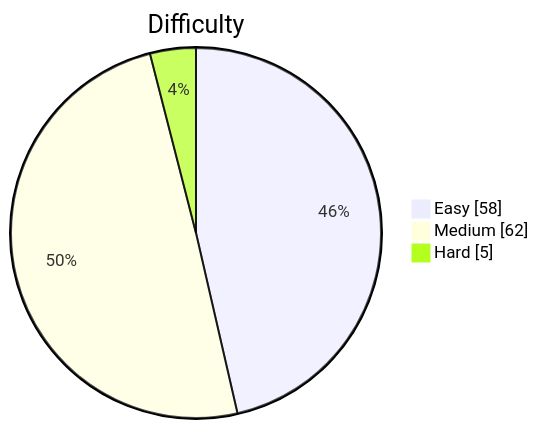
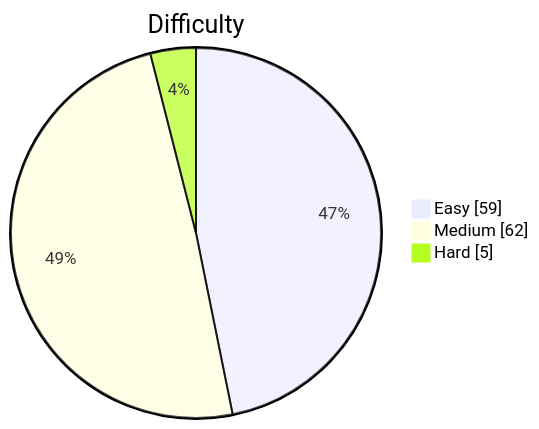
The diagram in README.md (kevstevie/python-algo-practice), drawn with Mermaid before and after one commit. The commit also changed other lines of this file, not shown here.

````diff
--- a/README.md
+++ b/README.md
@@ -13,7 +13,7 @@
 ```mermaid
 pie showData
     title Difficulty
-    "Easy"   : 58
+    "Easy"   : 59
     "Medium" : 62
     "Hard"   : 5
 ```
````
